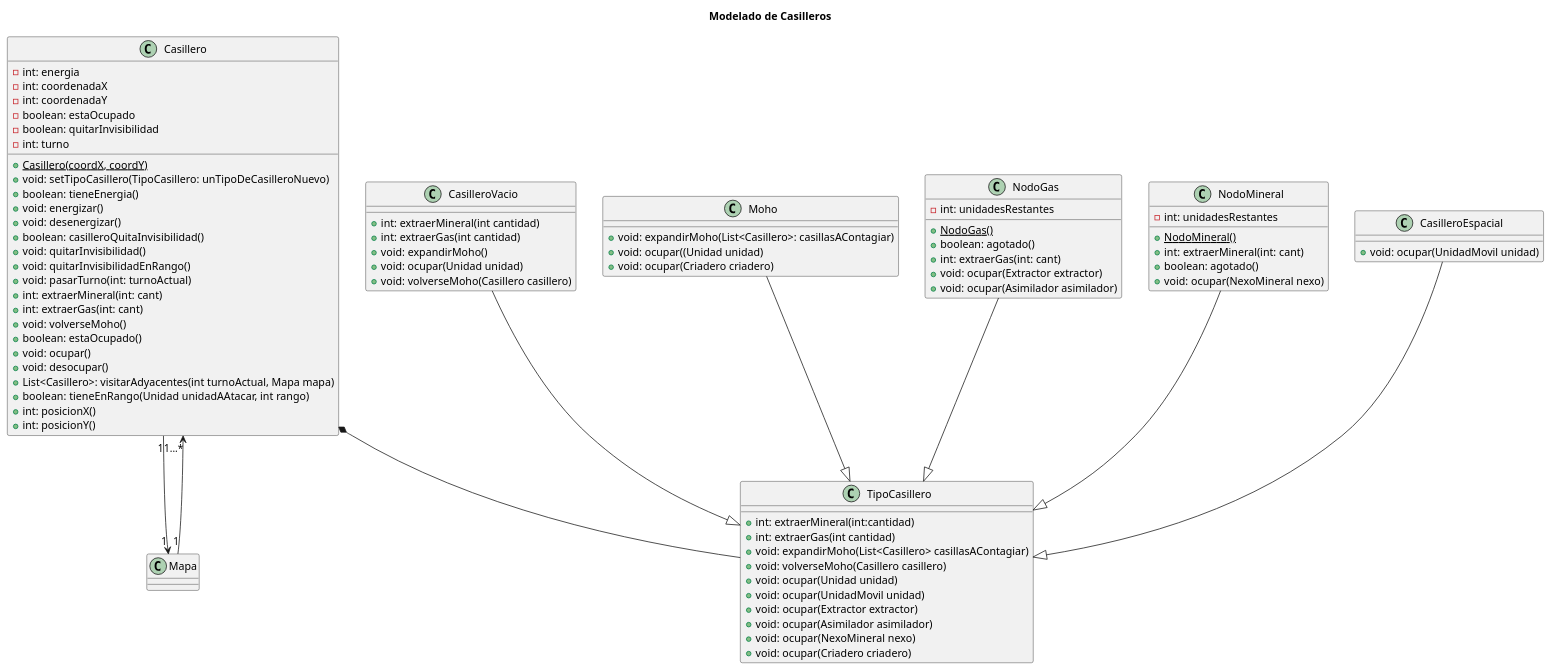
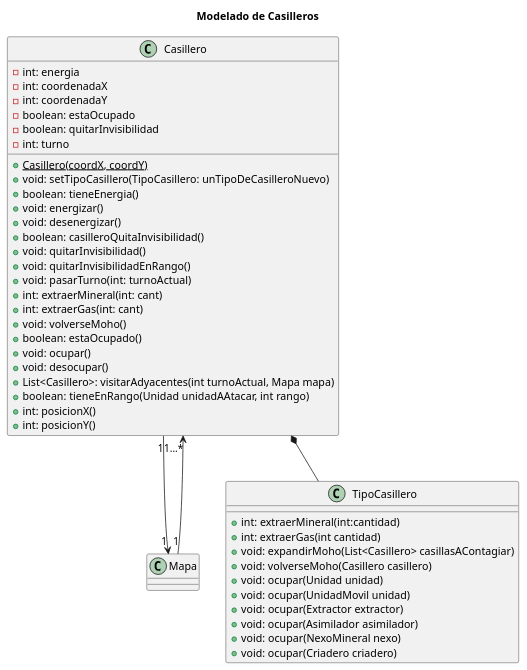
One commit to m-cabrerar/AlgoStar changed the diagram in diagrams/classes/casilleros.plantuml. Above: the diagram before and after it, drawn with PlantUML. The commit also changed 3 other files, not shown here.

Commit message:
TipoCasillero UML

```diff
--- a/diagrams/classes/casilleros.plantuml
+++ b/diagrams/classes/casilleros.plantuml
@@ -1,96 +1,57 @@
 @startuml
 title Modelado de Casilleros
 
 
 class Casillero {
  - int: energia
  - int: coordenadaX
  - int: coordenadaY
  - boolean: estaOcupado
  - boolean: quitarInvisibilidad
  - int: turno
 
  + <u>Casillero(coordX, coordY)
  + void: setTipoCasillero(TipoCasillero: unTipoDeCasilleroNuevo)
  + boolean: tieneEnergia()
  + void: energizar()
  + void: desenergizar()
  + boolean: casilleroQuitaInvisibilidad()
  + void: quitarInvisibilidad()
  + void: quitarInvisibilidadEnRango()
  + void: pasarTurno(int: turnoActual)
  + int: extraerMineral(int: cant)
  + int: extraerGas(int: cant)
  + void: volverseMoho()
  + boolean: estaOcupado()
  + void: ocupar()
  + void: desocupar()
  + List<Casillero>: visitarAdyacentes(int turnoActual, Mapa mapa)
  + boolean: tieneEnRango(Unidad unidadAAtacar, int rango)
  + int: posicionX()
  + int: posicionY()
 }
 
 
 
 
 
 Casillero "1" --> "1"Mapa
 Mapa "1"--> "1...*" Casillero
 Casillero *-- TipoCasillero
-CasilleroVacio --|> TipoCasillero
-Moho --|> TipoCasillero
-NodoGas --|> TipoCasillero
-NodoMineral --|> TipoCasillero
-CasilleroEspacial --|> TipoCasillero
+
 
 class TipoCasillero{
 
  + int: extraerMineral(int:cantidad)
  + int: extraerGas(int cantidad)
  + void: expandirMoho(List<Casillero> casillasAContagiar)
  + void: volverseMoho(Casillero casillero)
  + void: ocupar(Unidad unidad)
  + void: ocupar(UnidadMovil unidad)
  + void: ocupar(Extractor extractor)
  + void: ocupar(Asimilador asimilador)
  + void: ocupar(NexoMineral nexo)
  + void: ocupar(Criadero criadero)
 }
 
-
-class Moho{
- + void: expandirMoho(List<Casillero>: casillasAContagiar)
- + void: ocupar((Unidad unidad)
- + void: ocupar(Criadero criadero)
-}
-
-class NodoGas{
- - int: unidadesRestantes
- + <u>NodoGas()
- + boolean: agotado()
- + int: extraerGas(int: cant)
- + void: ocupar(Extractor extractor)
- + void: ocupar(Asimilador asimilador)
-}
-
-class NodoMineral{
- - int: unidadesRestantes
- + <u>NodoMineral()
- + int: extraerMineral(int: cant)
- + boolean: agotado()
- + void: ocupar(NexoMineral nexo)
-}
-
-class CasilleroEspacial {
- + void: ocupar(UnidadMovil unidad)
-}
-
-class CasilleroVacio{
-+ int: extraerMineral(int cantidad)
-+ int: extraerGas(int cantidad)
-+ void: expandirMoho()
-+ void: ocupar(Unidad unidad)
-+ void: volverseMoho(Casillero casillero)
-}
 @enduml
```
